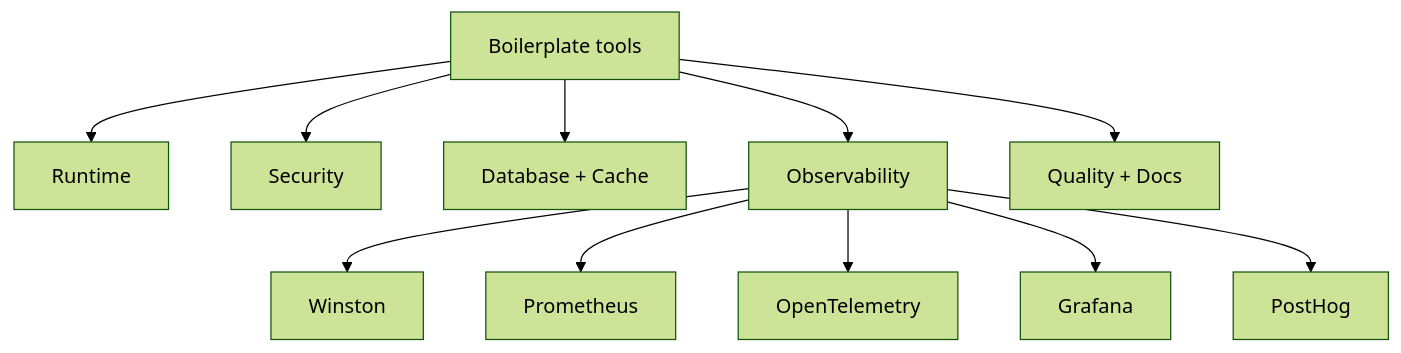
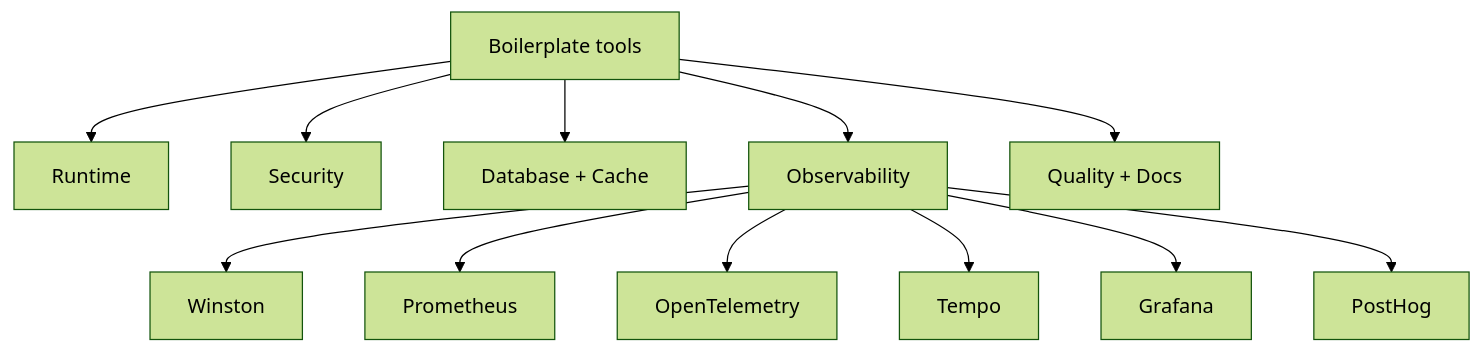
The diagram in docs/tools/index.md (Guebbit/boilerplate-node-backend), drawn with Mermaid (forest theme) before and after one commit. The commit also changed other lines of this file and 11 other files, not shown here.

First line of the commit message:
Rewrite observability docs for Tempo + OTel + Grafana stack

````diff
--- a/docs/tools/index.md
+++ b/docs/tools/index.md
@@ -9,14 +9,15 @@
 ```mermaid
 flowchart TD
     A[Boilerplate tools] --> B[Runtime]
     A --> C[Security]
     A --> D[Database + Cache]
     A --> E[Observability]
     A --> F[Quality + Docs]
 
     E --> E1[Winston]
     E --> E2[Prometheus]
     E --> E3[OpenTelemetry]
-    E --> E4[Grafana]
-    E --> E5[PostHog]
+    E --> E4[Tempo]
+    E --> E5[Grafana]
+    E --> E6[PostHog]
 ```
````
